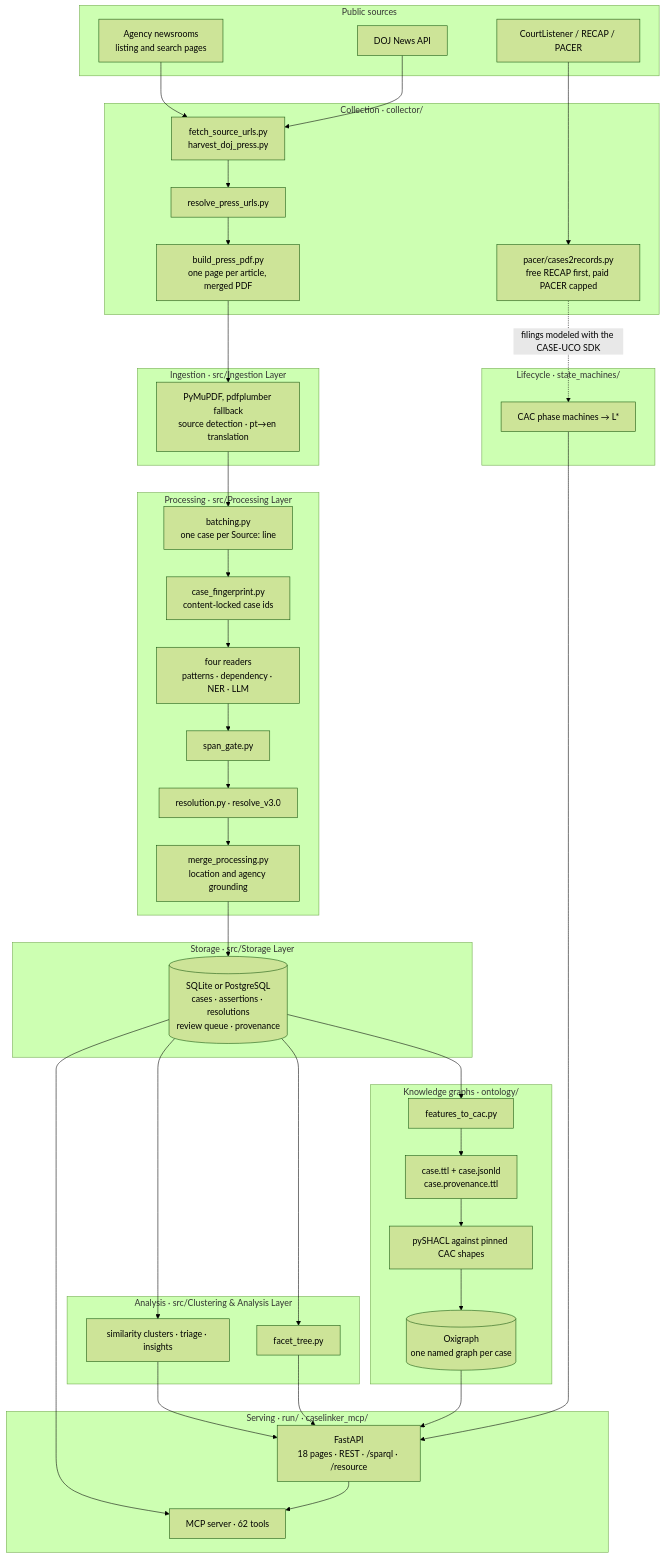
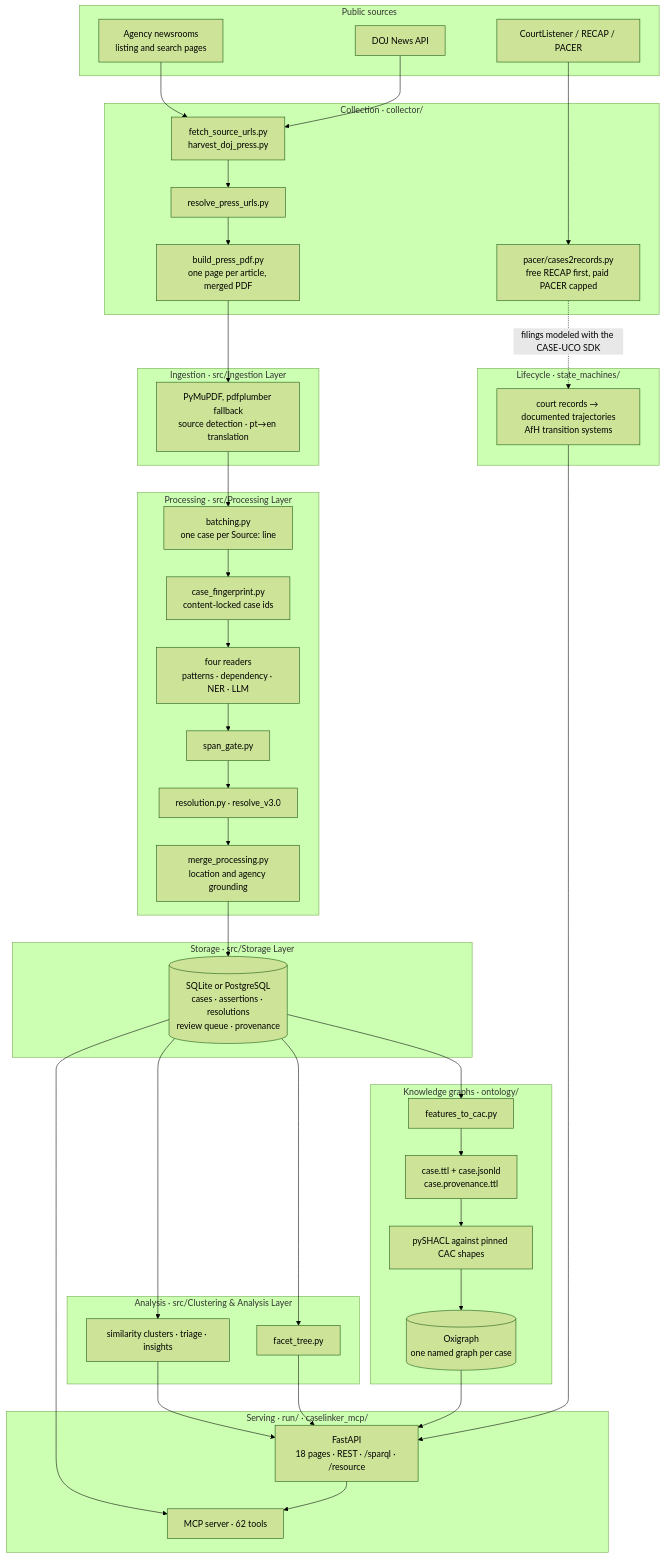
The first of 6 diagrams in ARCHITECTURE.md (mrinaalr/CaseLinker), drawn with Mermaid (forest theme) before and after one commit. The commit also changed other lines of this file and 1178 other files, not shown here.

Commit message:
ground agencies, map prior convictions, widen CyberTip recall, machine-code court records, rebuild AfH evidence, and strengthen repair tools (#88, #89, #91, #92, #93, #94, #95, #96, #97, #98, #99, #100)

````diff
--- a/ARCHITECTURE.md
+++ b/ARCHITECTURE.md
@@ -39,65 +39,65 @@
 ```mermaid
 flowchart TD
   subgraph SRC["Public sources"]
     NEWS["Agency newsrooms<br/>listing and search pages"]
     DOJ["DOJ News API"]
     COURT["CourtListener / RECAP / PACER"]
   end
 
   subgraph COL["Collection · collector/"]
     URLS["fetch_source_urls.py<br/>harvest_doj_press.py"]
     RESOLVE["resolve_press_urls.py"]
     PDF["build_press_pdf.py<br/>one page per article, merged PDF"]
     C2R["pacer/cases2records.py<br/>free RECAP first, paid PACER capped"]
   end
 
   subgraph ING["Ingestion · src/Ingestion Layer"]
     TXT["PyMuPDF, pdfplumber fallback<br/>source detection · pt→en translation"]
   end
 
   subgraph PROC["Processing · src/Processing Layer"]
     BATCH["batching.py<br/>one case per Source: line"]
     FP["case_fingerprint.py<br/>content-locked case ids"]
     READERS["four readers<br/>patterns · dependency · NER · LLM"]
     GATE["span_gate.py"]
     RESOLVE2["resolution.py · resolve_v3.0"]
     MERGE["merge_processing.py<br/>location and agency grounding"]
   end
 
   subgraph STORE["Storage · src/Storage Layer"]
     DB[("SQLite or PostgreSQL<br/>cases · assertions · resolutions<br/>review queue · provenance")]
   end
 
   subgraph ANA["Analysis · src/Clustering & Analysis Layer"]
     SIM["similarity clusters · triage · insights"]
     FACET["facet_tree.py"]
   end
 
   subgraph KG["Knowledge graphs · ontology/"]
     MAP["features_to_cac.py"]
     TTL["case.ttl + case.jsonld<br/>case.provenance.ttl"]
     SHACL["pySHACL against pinned CAC shapes"]
     OX[("Oxigraph<br/>one named graph per case")]
   end
 
   subgraph SM["Lifecycle · state_machines/"]
-    LSTAR["CAC phase machines → L*"]
+    LSTAR["court records → documented trajectories<br/>AfH transition systems"]
   end
 
   subgraph SERVE["Serving · run/ · caselinker_mcp/"]
     API["FastAPI<br/>18 pages · REST · /sparql · /resource"]
     MCP["MCP server · 62 tools"]
   end
 
   NEWS --> URLS
   DOJ --> URLS
   URLS --> RESOLVE --> PDF
   COURT --> C2R
   PDF --> TXT --> BATCH --> FP --> READERS --> GATE --> RESOLVE2 --> MERGE --> DB
   DB --> SIM --> API
   DB --> FACET --> API
   DB --> MAP --> TTL --> SHACL --> OX --> API
   C2R -.->|"filings modeled with the CASE-UCO SDK"| LSTAR --> API
   DB --> MCP
   API --> MCP
 ```
````
